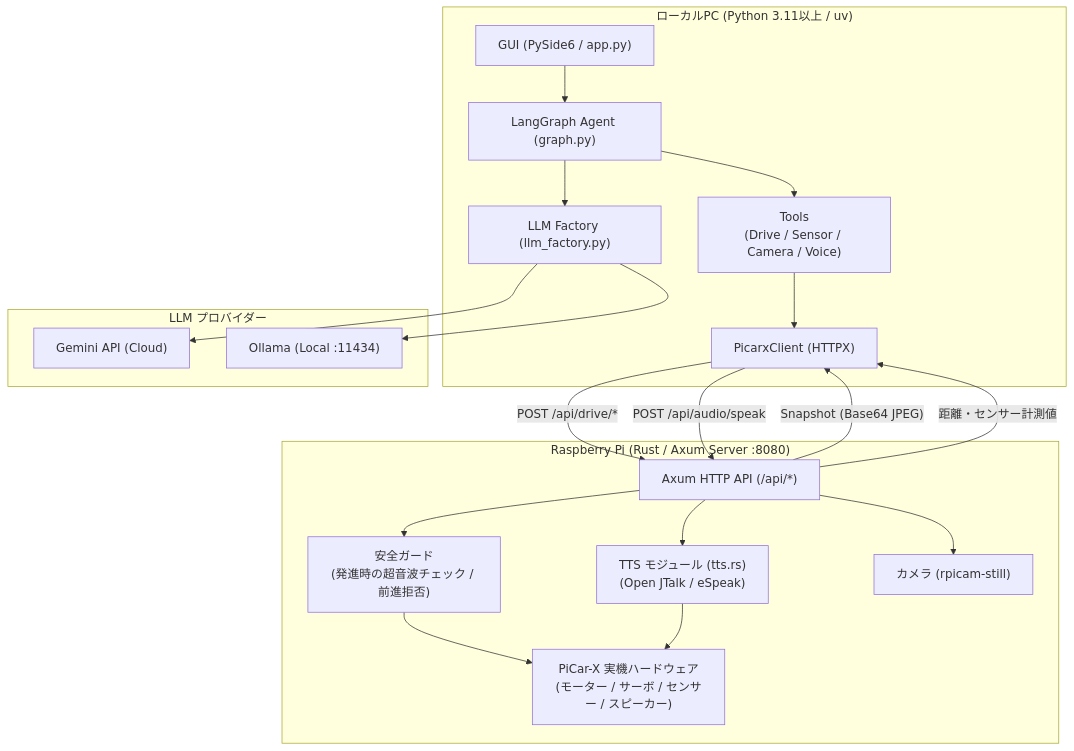
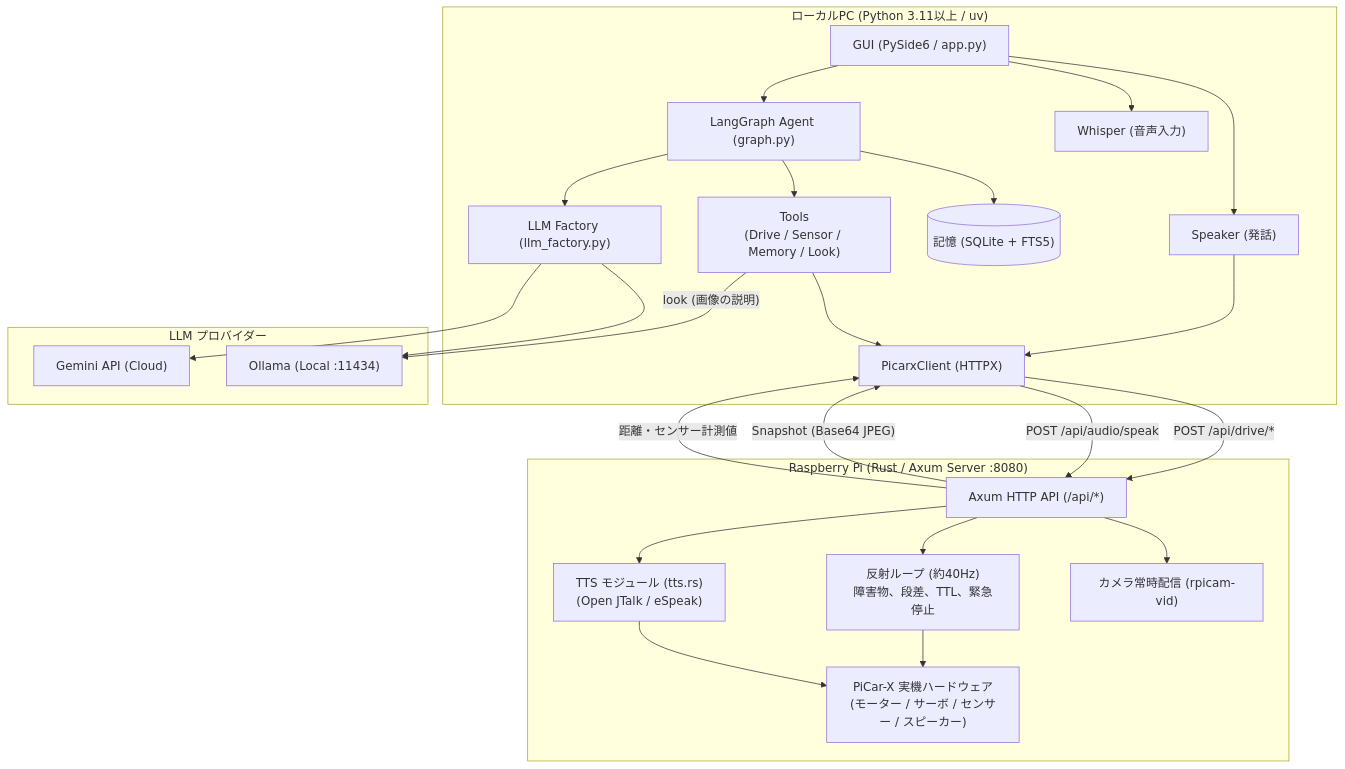
The diagram in APPLICATION_SPECIFICATION.md (Yuyta/E2E_Driving_PicarX_rspi), drawn with Mermaid before and after one commit. The commit also changed other lines of this file and 5 other files, not shown here.

First line of the commit message:
docs: bring the specs, policy and review findings in line with the roadmap

````diff
--- a/APPLICATION_SPECIFICATION.md
+++ b/APPLICATION_SPECIFICATION.md
@@ -24,39 +24,46 @@
 ```mermaid
 flowchart TD
     subgraph PC["ローカルPC (Python 3.11以上 / uv)"]
         UI["GUI (PySide6 / app.py)"]
         Graph["LangGraph Agent (graph.py)"]
-        Tools["Tools<br>(Drive / Sensor / Camera / Voice)"]
+        Tools["Tools<br>(Drive / Sensor / Memory / Look)"]
+        Speaker["Speaker (発話)"]
+        Whisper["Whisper (音声入力)"]
+        Memory[("記憶 (SQLite + FTS5)")]
         Client["PicarxClient (HTTPX)"]
         LLMFactory["LLM Factory (llm_factory.py)"]
     end
 
     subgraph LLM["LLM プロバイダー"]
         Gemini["Gemini API (Cloud)"]
         Ollama["Ollama (Local :11434)"]
     end
 
     subgraph Pi["Raspberry Pi (Rust / Axum Server :8080)"]
         API["Axum HTTP API (/api/*)"]
-        Safety["安全ガード<br>(発進時の超音波チェック / 前進拒否)"]
+        Safety["反射ループ (約40Hz)<br>障害物、段差、TTL、緊急停止"]
         TTS["TTS モジュール (tts.rs)<br>(Open JTalk / eSpeak)"]
-        Cam["カメラ (rpicam-still)"]
+        Cam["カメラ常時配信 (rpicam-vid)"]
         HW["PiCar-X 実機ハードウェア<br>(モーター / サーボ / センサー / スピーカー)"]
     end
 
     UI --> Graph
+    UI --> Whisper
+    UI --> Speaker --> Client
     Graph --> Tools
+    Graph --> Memory
     Tools --> Client
+    Tools -- "look (画像の説明)" --> Ollama
     Graph --> LLMFactory
     LLMFactory --> Gemini & Ollama
 
     Client -- "POST /api/drive/*" --> API
     Client -- "POST /api/audio/speak" --> API
     API -- "Snapshot (Base64 JPEG)" --> Client
     API -- "距離・センサー計測値" --> Client
 
     API --> Safety
     Safety --> HW
     API --> TTS --> HW
     API --> Cam
 ```
````
